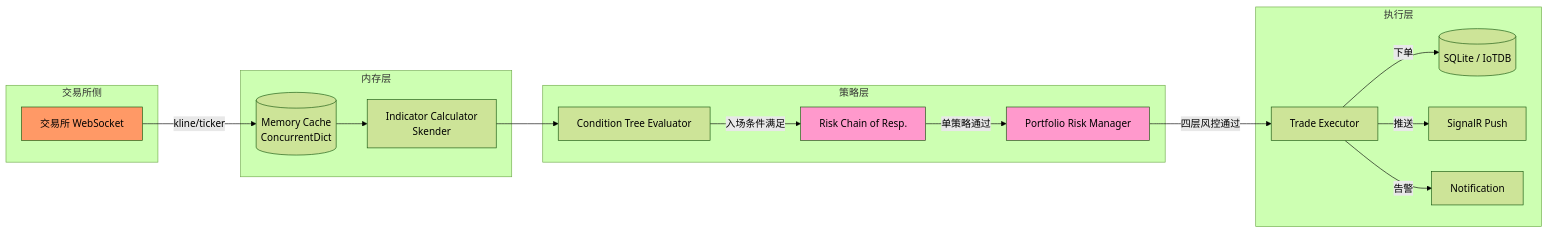
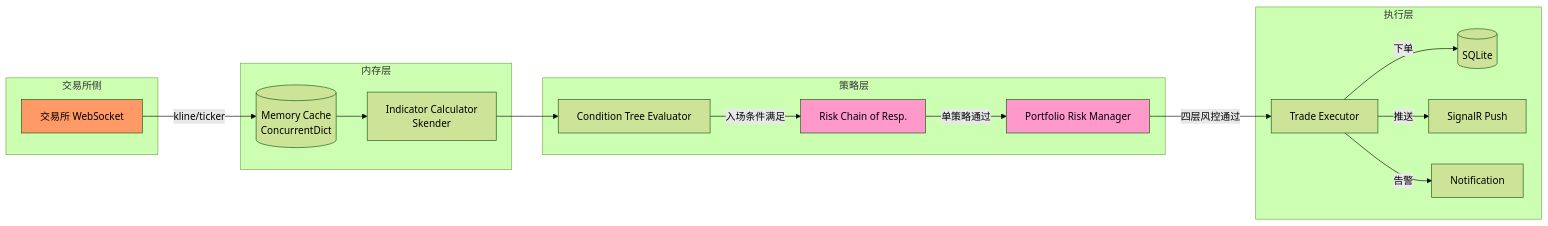
Before and after one commit to bambuo/TradeX: diagram 11 of 14 in docs/TAD.md, drawn with Mermaid (forest theme). The commit also changed other lines of this file and 16 other files, not shown here.

````diff
--- a/docs/TAD.md
+++ b/docs/TAD.md
@@ -714,38 +693,38 @@
 ```mermaid
 flowchart LR
   subgraph 交易所侧
     WS[交易所 WebSocket]
   end
 
   subgraph 内存层
     MC[(Memory Cache<br/>ConcurrentDict)]
     IC[Indicator Calculator<br/>Skender]
   end
 
   subgraph 策略层
     CT[Condition Tree Evaluator]
     RC[Risk Chain of Resp.]
     PRC[Portfolio Risk Manager]
   end
 
   subgraph 执行层
     EX[Trade Executor]
-    DB[(SQLite / IoTDB)]
+    DB[(SQLite)]
     SR[SignalR Push]
     NF[Notification]
   end
 
   WS -- "kline/ticker" --> MC
   MC --> IC
   IC --> CT
   CT -- "入场条件满足" --> RC
   RC -- "单策略通过" --> PRC
   PRC -- "四层风控通过" --> EX
   EX -- "下单" --> DB
   EX -- "推送" --> SR
   EX -- "告警" --> NF
 
   style WS fill:#f96
   style RC fill:#f9c
   style PRC fill:#f9c
 ```
````
